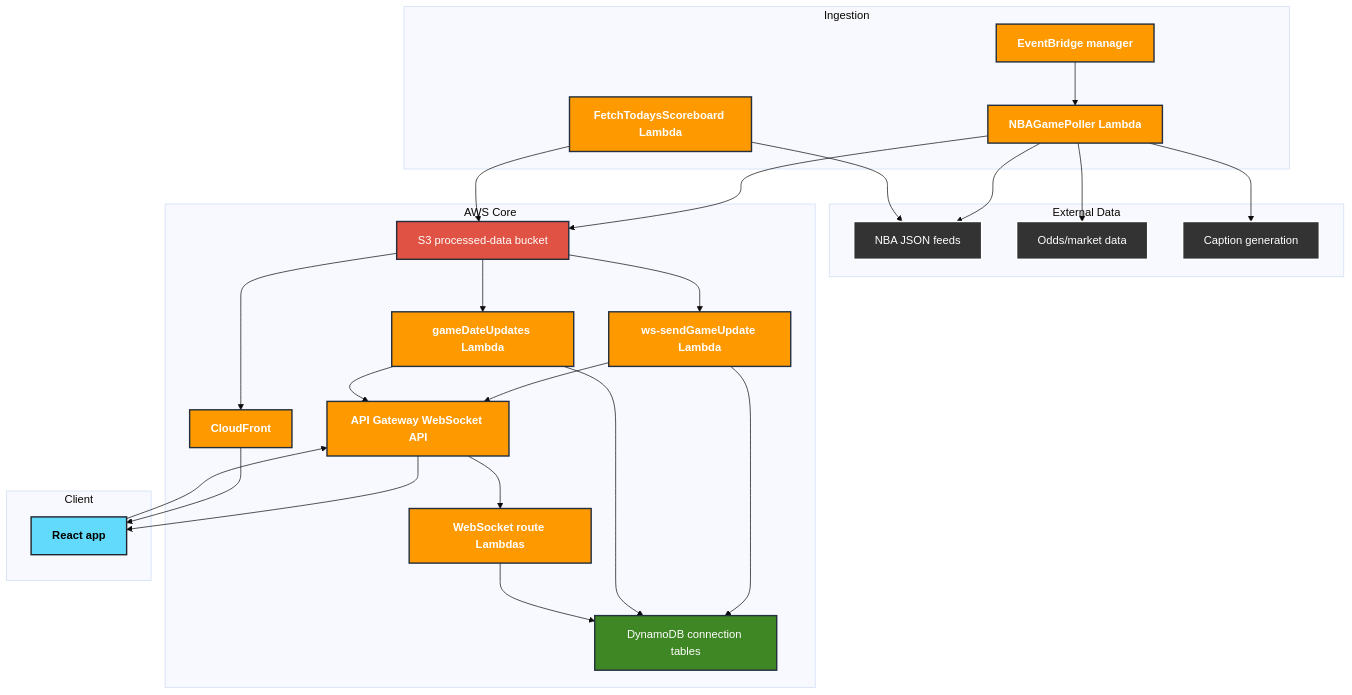
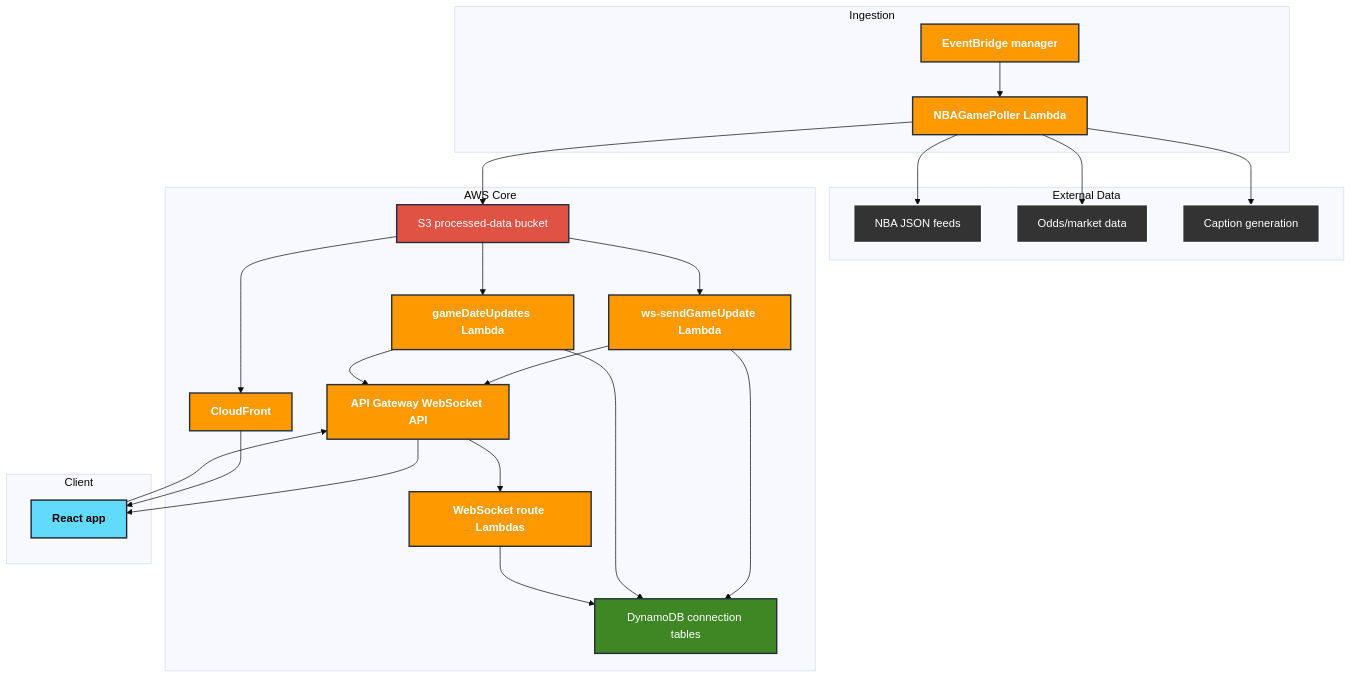
One commit to eaganro/MinutesMap changed the diagram in README.md. Above: the diagram before and after it, drawn with Mermaid (base theme). The commit also changed 4 other files, not shown here.

Commit message:
Retire the FetchTodaysScoreboard Lambda

````diff
--- a/README.md
+++ b/README.md
@@ -26,57 +26,54 @@
 ```mermaid
 flowchart TD
     classDef aws fill:#FF9900,stroke:#232F3E,stroke-width:2px,color:white,font-weight:bold;
     classDef storage fill:#E05243,stroke:#232F3E,stroke-width:2px,color:white;
     classDef db fill:#3F8624,stroke:#232F3E,stroke-width:2px,color:white;
     classDef client fill:#61DAFB,stroke:#20232a,stroke-width:2px,color:black,font-weight:bold;
     classDef ext fill:#333,stroke:#fff,stroke-width:2px,color:white;
 
     subgraph External["External Data"]
         NBA["NBA JSON feeds"]:::ext
         Odds["Odds/market data"]:::ext
         AI["Caption generation"]:::ext
     end
 
     subgraph Ingestion["Ingestion"]
         Manager["EventBridge manager"]:::aws
         Poller["NBAGamePoller Lambda"]:::aws
-        Scoreboard["FetchTodaysScoreboard Lambda"]:::aws
     end
 
     subgraph AWS["AWS Core"]
         S3["S3 processed-data bucket"]:::storage
         CF["CloudFront"]:::aws
         GameNotifier["ws-sendGameUpdate Lambda"]:::aws
         DateNotifier["gameDateUpdates Lambda"]:::aws
         WsHandlers["WebSocket route Lambdas"]:::aws
         DDB["DynamoDB connection tables"]:::db
         APIG["API Gateway WebSocket API"]:::aws
     end
 
     subgraph Client["Client"]
         Browser["React app"]:::client
     end
 
     Manager --> Poller
     Poller --> NBA
     Poller --> Odds
     Poller --> AI
     Poller --> S3
-    Scoreboard --> NBA
-    Scoreboard --> S3
 
     S3 --> GameNotifier
     S3 --> DateNotifier
     GameNotifier --> DDB
     DateNotifier --> DDB
     GameNotifier --> APIG
     DateNotifier --> APIG
 
     Browser --> APIG
     APIG --> WsHandlers
     WsHandlers --> DDB
     APIG --> Browser
 
     S3 --> CF
     CF --> Browser
 ```
````
